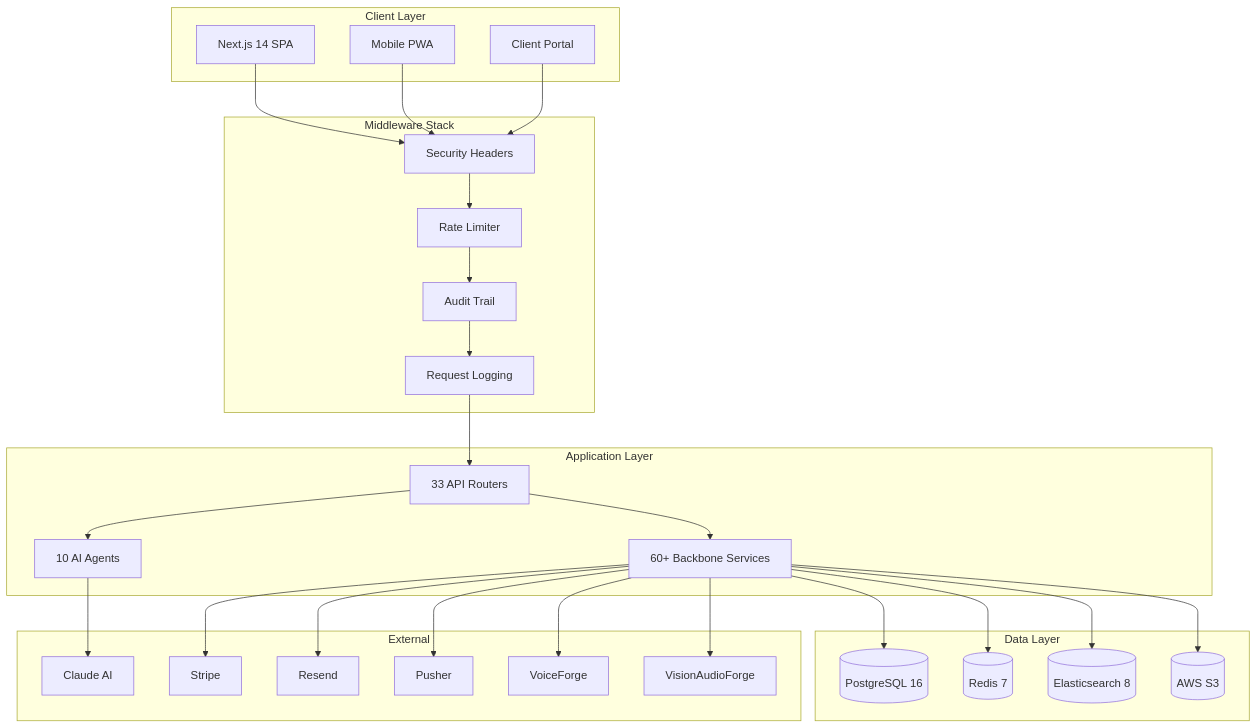
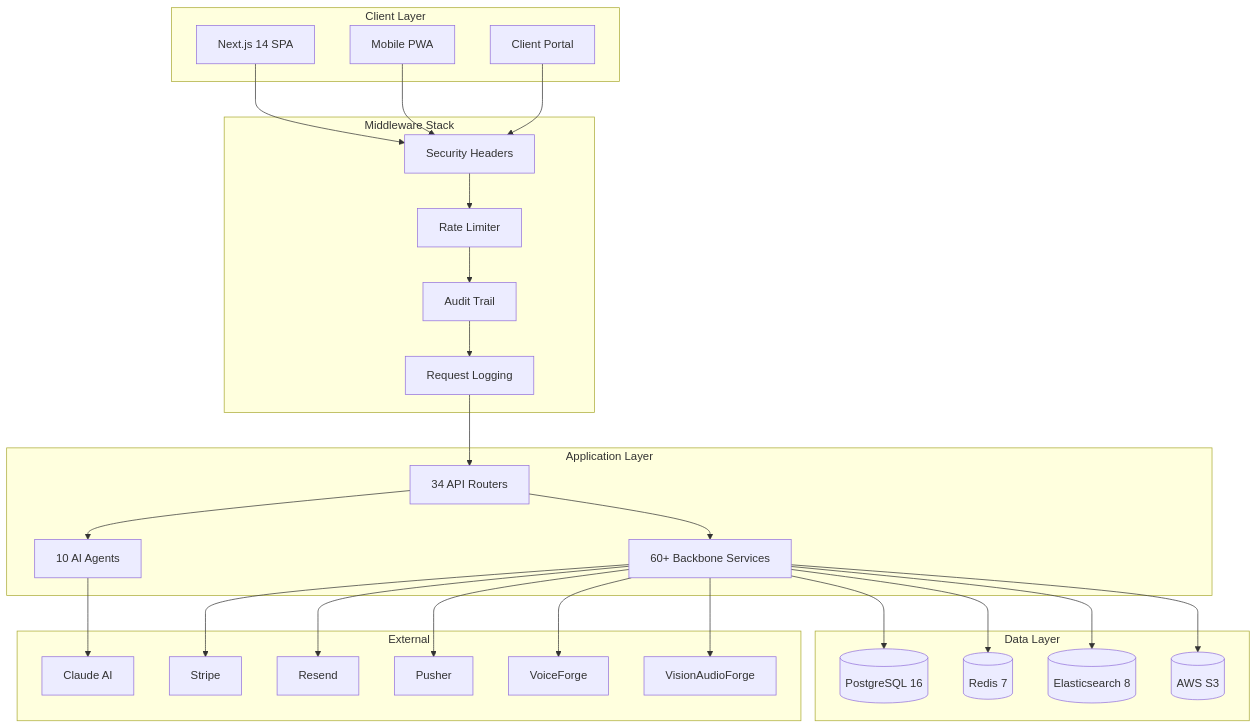
The diagram in README.md (navigreen311/ChamberForge), drawn with Mermaid before and after one commit. The commit also changed other lines of this file and 2 other files, not shown here.

````diff
--- a/README.md
+++ b/README.md
@@ -11,44 +13,44 @@
 ```mermaid
 graph TB
     subgraph Client Layer
         WEB[Next.js 14 SPA]
         MOB[Mobile PWA]
         PORT[Client Portal]
     end
 
     subgraph Middleware Stack
         SEC[Security Headers]
         RL[Rate Limiter]
         AUDIT[Audit Trail]
         LOG[Request Logging]
     end
 
     subgraph Application Layer
-        ROUTERS[33 API Routers]
+        ROUTERS[34 API Routers]
         AGENTS[10 AI Agents]
         SERVICES[60+ Backbone Services]
     end
 
     subgraph Data Layer
         PG[(PostgreSQL 16)]
         REDIS[(Redis 7)]
         ES[(Elasticsearch 8)]
         S3[(AWS S3)]
     end
 
     subgraph External
         CLAUDE[Claude AI]
         STRIPE[Stripe]
         RESEND[Resend]
         PUSHER[Pusher]
         VF[VoiceForge]
         VAF[VisionAudioForge]
     end
 
     WEB & MOB & PORT --> SEC --> RL --> AUDIT --> LOG --> ROUTERS
     ROUTERS --> AGENTS --> CLAUDE
     ROUTERS --> SERVICES
     SERVICES --> PG & REDIS & ES & S3
     SERVICES --> STRIPE & RESEND & PUSHER
     SERVICES --> VF & VAF
 ```
````
